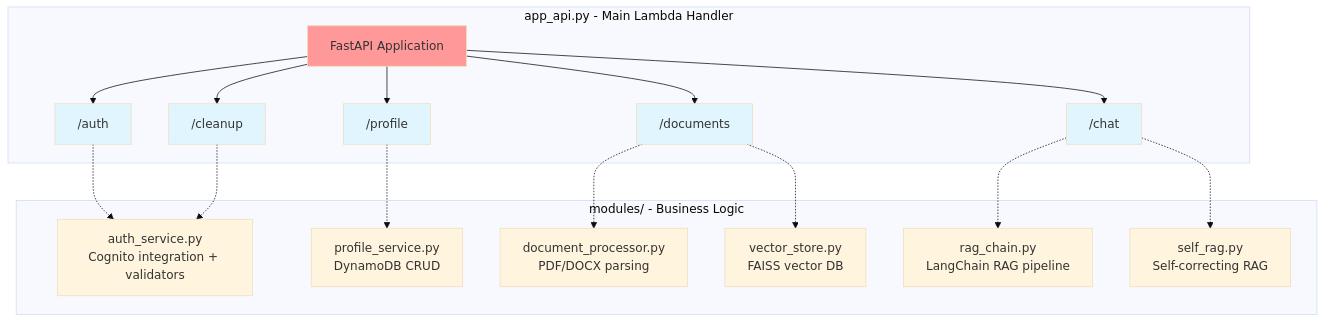
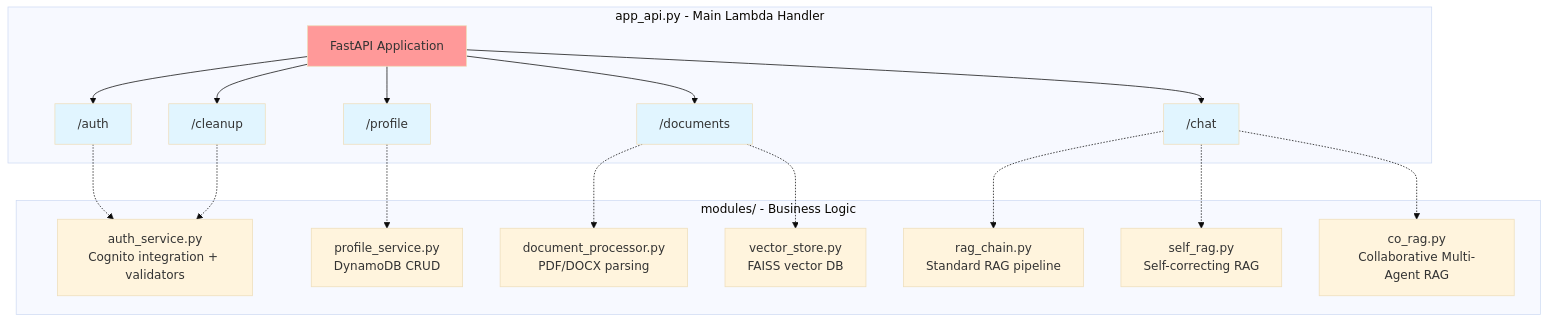
The sixth of 10 diagrams in MERMAID_DIAGRAMS.md (TakunKenjo/Workshop-AWS-Group-Report), drawn with Mermaid (base theme) before and after one commit. The commit also changed other lines of this file and 35 other files, not shown here.

````diff
--- a/MERMAID_DIAGRAMS.md
+++ b/MERMAID_DIAGRAMS.md
@@ -311,35 +331,37 @@
 ```mermaid
 graph TB
     subgraph "app_api.py - Main Lambda Handler"
         A[FastAPI Application]
         A --> B["/auth"]
         A --> C["/documents"]
         A --> D["/chat"]
         A --> E["/profile"]
         A --> F["/cleanup"]
     end
     
     subgraph "modules/ - Business Logic"
         G["auth_service.py<br/>Cognito integration + validators"]
         H["profile_service.py<br/>DynamoDB CRUD"]
         I["document_processor.py<br/>PDF/DOCX parsing"]
         J["vector_store.py<br/>FAISS vector DB"]
-        K["rag_chain.py<br/>LangChain RAG pipeline"]
+        K["rag_chain.py<br/>Standard RAG pipeline"]
         L["self_rag.py<br/>Self-correcting RAG"]
+        M["co_rag.py<br/>Collaborative Multi-Agent RAG"]
     end
     
     B -.-> G
     C -.-> I
     C -.-> J
     D -.-> K
     D -.-> L
+    D -.-> M
     E -.-> H
     F -.-> G
     
     style A fill:#ff9999
     style B fill:#e1f5ff
     style C fill:#e1f5ff
     style D fill:#e1f5ff
     style E fill:#e1f5ff
     style F fill:#e1f5ff
 ```
````
